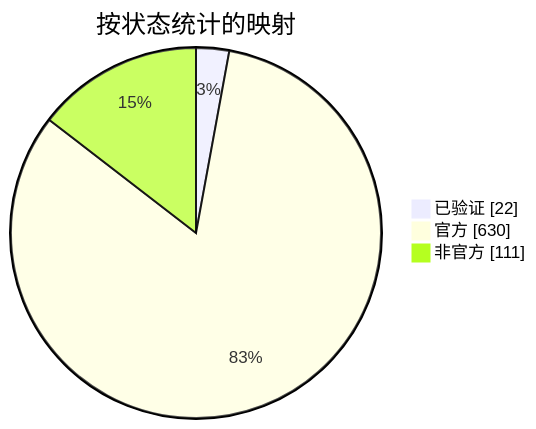
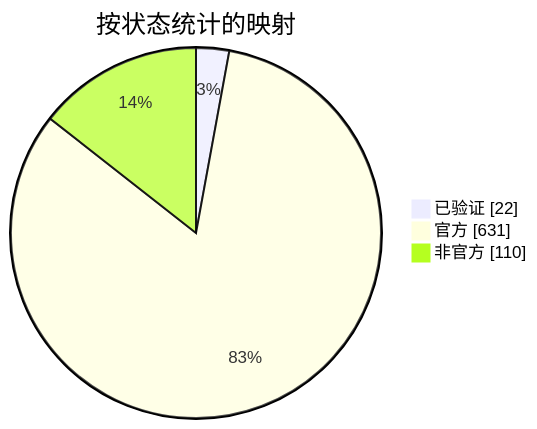
Before and after one commit to nobrega8/mbmap-library: the diagram in docs/readme/README_ZHS.md, drawn with Mermaid. The commit also changed 6 other files, not shown here.

````diff
--- a/docs/readme/README_ZHS.md
+++ b/docs/readme/README_ZHS.md
@@ -54,7 +54,7 @@
 ```mermaid
 pie showData
     title 按状态统计的映射
     "已验证" : 22
-    "官方" : 630
-    "非官方" : 111
+    "官方" : 631
+    "非官方" : 110
 ```
````
